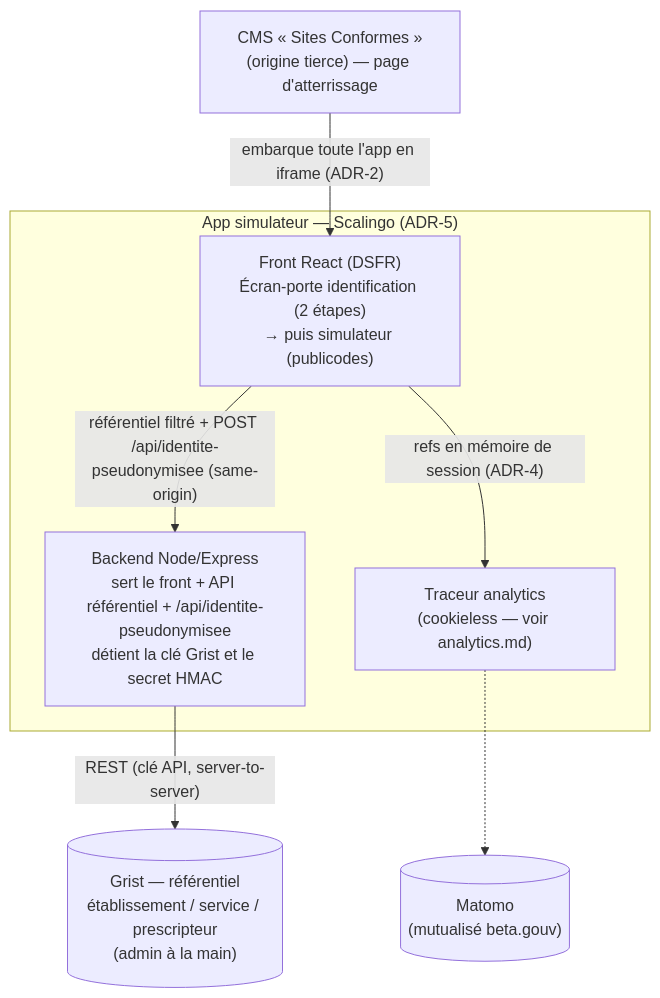
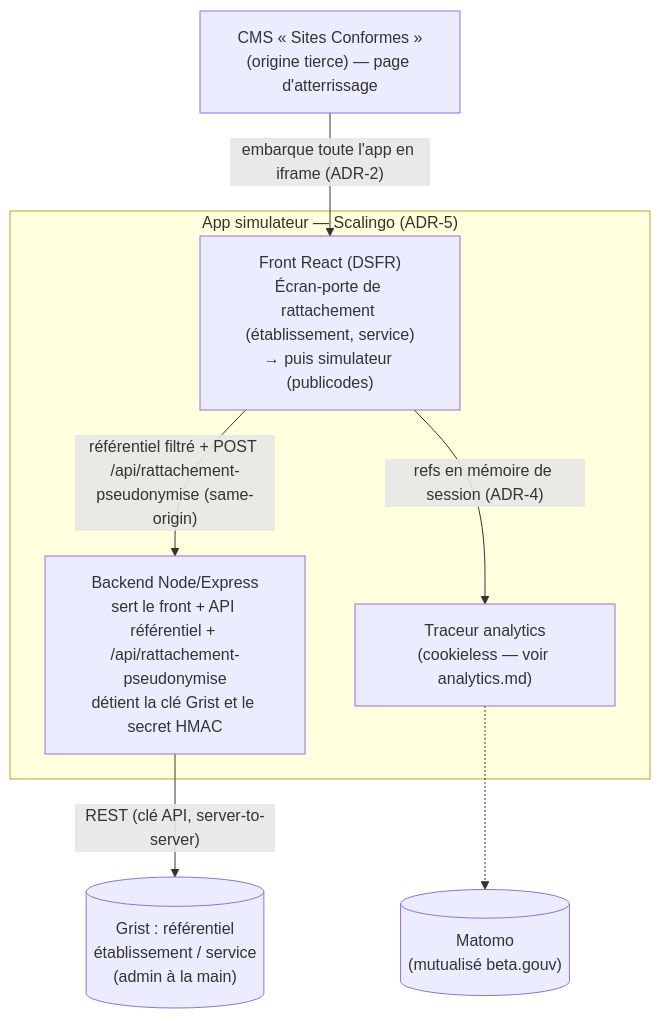
Before and after one commit to betagouv/transports-sanitaires: the first of 2 diagrams in apps/simulateur-eligibilite/docs/knowledge/adr/identification.md, drawn with Mermaid. The commit also changed other lines of this file and 4 other files, not shown here.

First line of the commit message:
docs(simulateur): consigne le rattachement sans identité dans les ADR

````diff
--- a/apps/simulateur-eligibilite/docs/knowledge/adr/identification.md
+++ b/apps/simulateur-eligibilite/docs/knowledge/adr/identification.md
@@ -164,17 +183,17 @@
 ```mermaid
 flowchart TB
     cms["CMS « Sites Conformes »<br/>(origine tierce) — page d'atterrissage"]
     subgraph scalingo["App simulateur — Scalingo (ADR-5)"]
-        front["Front React (DSFR)<br/>Écran-porte identification (2 étapes)<br/>→ puis simulateur (publicodes)"]
-        api["Backend Node/Express<br/>sert le front + API référentiel + /api/identite-pseudonymisee<br/>détient la clé Grist et le secret HMAC"]
+        front["Front React (DSFR)<br/>Écran-porte de rattachement (établissement, service)<br/>→ puis simulateur (publicodes)"]
+        api["Backend Node/Express<br/>sert le front + API référentiel + /api/rattachement-pseudonymise<br/>détient la clé Grist et le secret HMAC"]
         analytics["Traceur analytics<br/>(cookieless — voir analytics.md)"]
     end
-    grist[("Grist — référentiel<br/>établissement / service / prescripteur<br/>(admin à la main)")]
+    grist[("Grist : référentiel<br/>établissement / service<br/>(admin à la main)")]
     matomo[("Matomo<br/>(mutualisé beta.gouv)")]
 
     cms -->|"embarque toute l'app en iframe (ADR-2)"| front
-    front -->|"référentiel filtré + POST /api/identite-pseudonymisee (same-origin)"| api
+    front -->|"référentiel filtré + POST /api/rattachement-pseudonymise (same-origin)"| api
     api -->|"REST (clé API, server-to-server)"| grist
     front -->|"refs en mémoire de session (ADR-4)"| analytics
     analytics -.-> matomo
 ```
````
